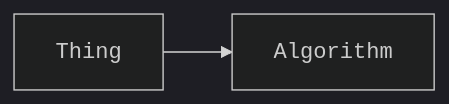
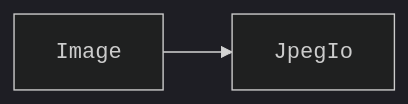
Before and after one commit to cpp-for-yourself/lectures-and-homeworks: the first of 5 diagrams in lectures/inheritance.md, drawn with Mermaid (dark theme). The commit also changed other lines of this file, not shown here.

````diff
--- a/lectures/inheritance.md
+++ b/lectures/inheritance.md
@@ -50,4 +89,4 @@
 ```mermaid
 graph LR
-  A[<code>Thing</code>] --> B[<code>Algorithm</code>]
+  A[<code>Image</code>] --> B[<code>JpegIo</code>]
 ```
````
